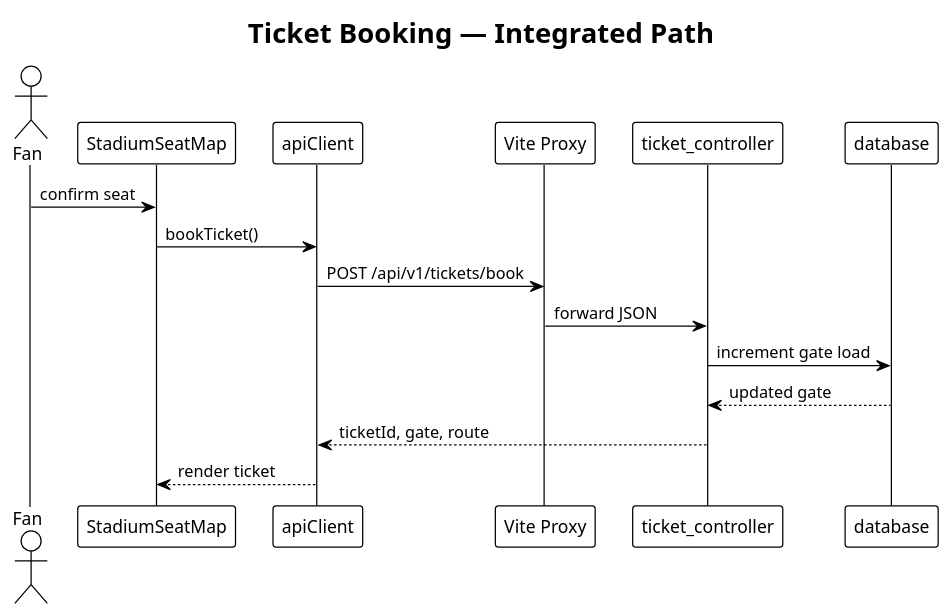
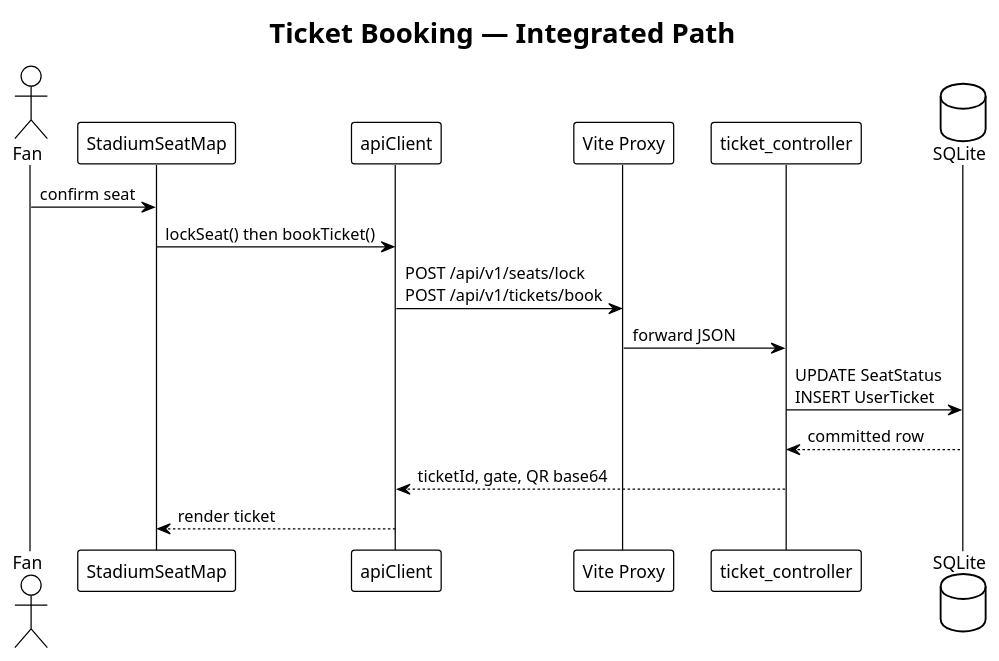
The second of 2 diagrams in docs/diagrams/architecture.puml (SundareshwaranSukumar/BlueLock), drawn with PlantUML before and after one commit. The commit also changed other lines of this file and 71 other files, not shown here.

```diff
--- a/docs/diagrams/architecture.puml
+++ b/docs/diagrams/architecture.puml
@@ -62,21 +60,21 @@
 @startuml BlueLock_Request_Flow
 !theme plain
 title Ticket Booking — Integrated Path
 
 actor Fan
 participant "StadiumSeatMap" as UI
 participant "apiClient" as Client
 participant "Vite Proxy" as Proxy
 participant "ticket_controller" as TC
-participant "database" as DB
+database "SQLite" as DB
 
 Fan -> UI : confirm seat
-UI -> Client : bookTicket()
-Client -> Proxy : POST /api/v1/tickets/book
+UI -> Client : lockSeat() then bookTicket()
+Client -> Proxy : POST /api/v1/seats/lock\nPOST /api/v1/tickets/book
 Proxy -> TC : forward JSON
-TC -> DB : increment gate load
-DB --> TC : updated gate
-TC --> Client : ticketId, gate, route
+TC -> DB : UPDATE SeatStatus\nINSERT UserTicket
+DB --> TC : committed row
+TC --> Client : ticketId, gate, QR base64
 Client --> UI : render ticket
 
 @enduml
```
